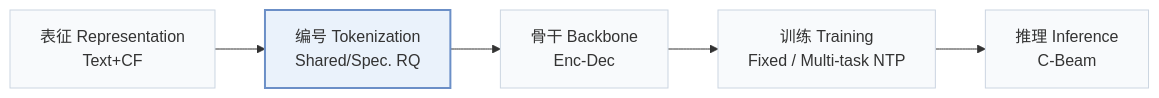
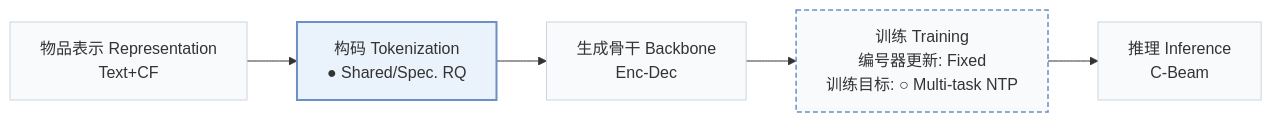
Before and after one commit to Galaxy-ghost/Awesome-SID-Generative-Rec: the first of 2 diagrams in pages/zh/papers/gensar.md, drawn with Mermaid. The commit also changed other lines of this file and 558 other files, not shown here.

````diff
--- a/pages/zh/papers/gensar.md
+++ b/pages/zh/papers/gensar.md
@@ -15,8 +18,10 @@
 ```mermaid
 flowchart LR
-    R["表征 Representation<br/>Text+CF"] --> T["编号 Tokenization<br/>Shared/Spec. RQ"] --> B["骨干 Backbone<br/>Enc-Dec"] --> TR["训练 Training<br/>Fixed / Multi-task NTP"] --> I["推理 Inference<br/>C-Beam"]
+    R["物品表示 Representation<br/>Text+CF"] --> T["构码 Tokenization<br/>● Shared/Spec. RQ"] --> B["生成骨干 Backbone<br/>Enc-Dec"] --> TR["训练 Training<br/>编号器更新: Fixed<br/>训练目标: ○ Multi-task NTP"] --> I["推理 Inference<br/>C-Beam"]
     classDef base fill:#f8fafc,stroke:#cbd5e1
     class R,T,B,TR,I base
+    classDef other fill:#f8fafc,stroke:#6b8fc7,stroke-width:1.5px,stroke-dasharray:5 3
+    class TR other
     classDef main fill:#eaf2fb,stroke:#6b8fc7,stroke-width:2px
     class T main
 ```
````
